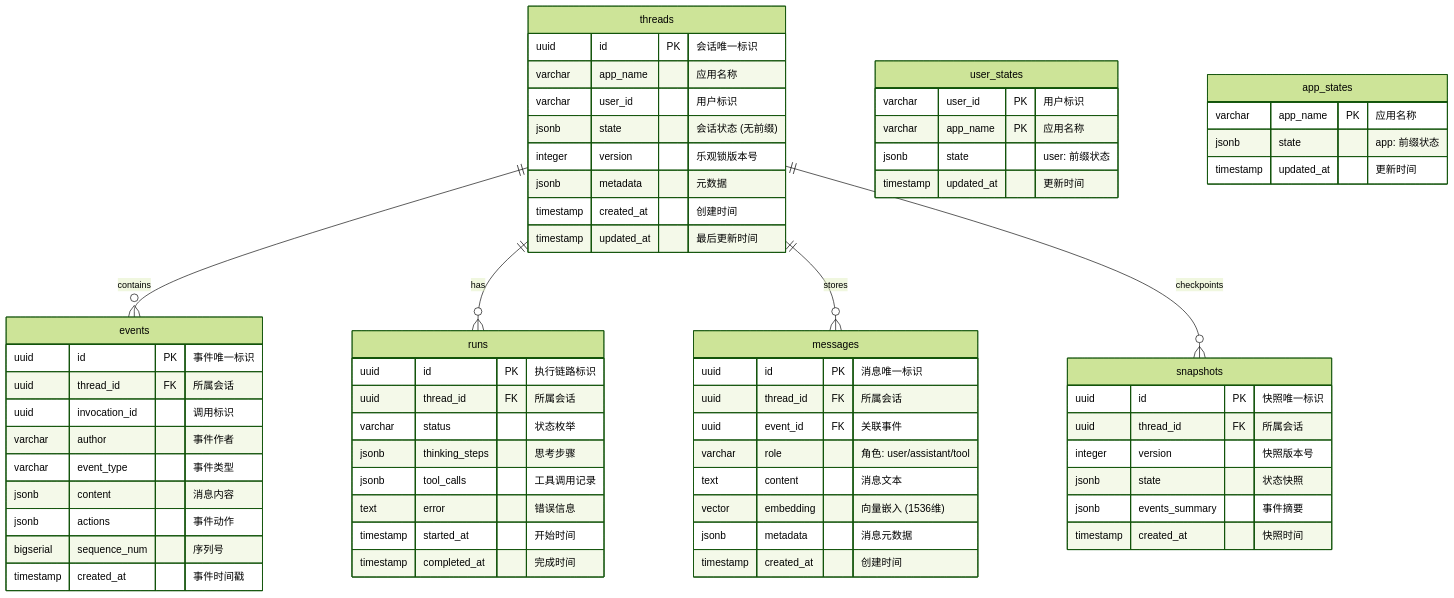
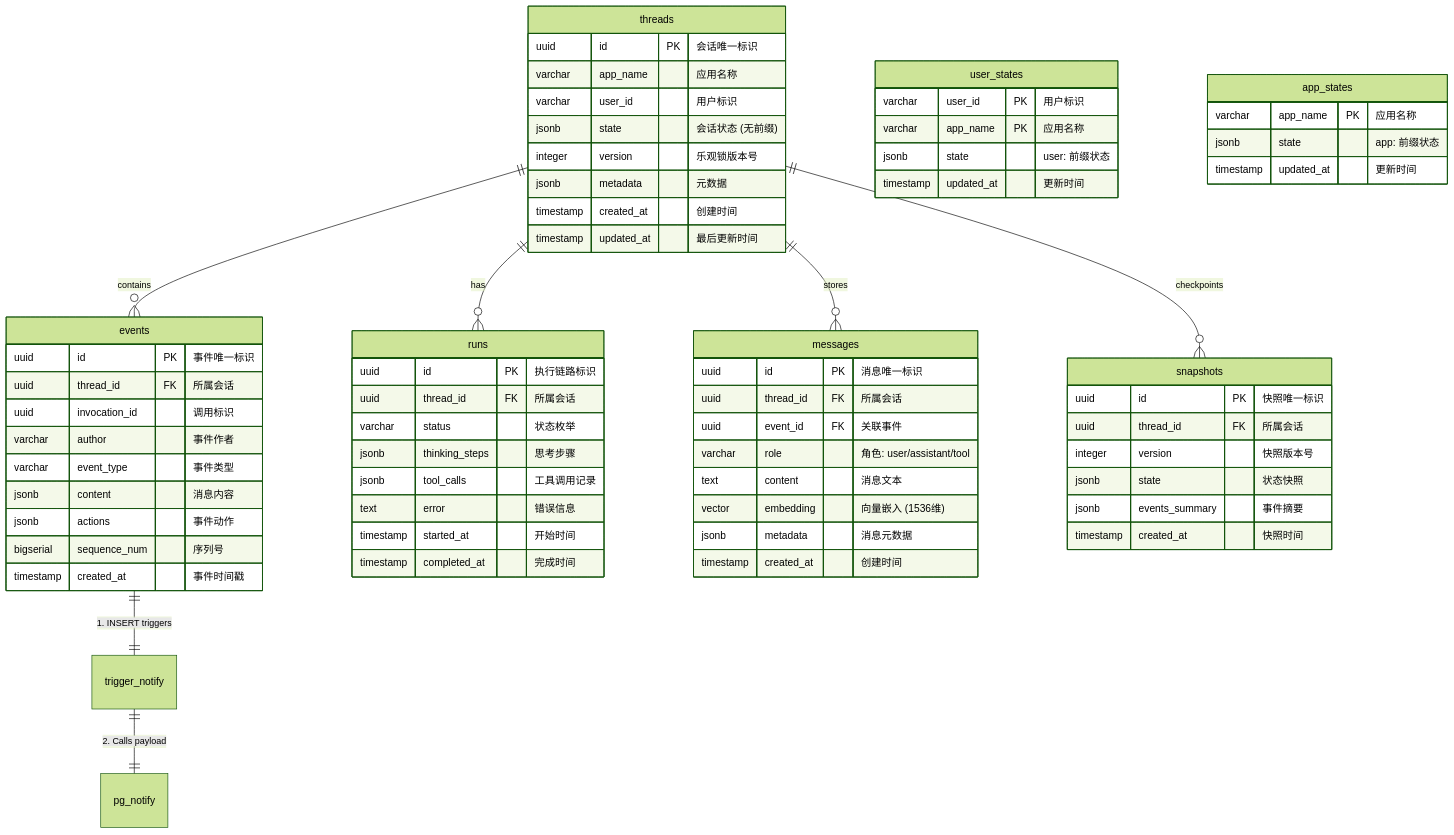
One commit to ThreeFish-AI/agentic-ai-cognizes changed the fifth of 7 diagrams in docs/engine/010-the-pulse.md. Above: the diagram before and after it, drawn with Mermaid (forest theme). The commit also changed other lines of this file, not shown here.

````diff
--- a/docs/engine/010-the-pulse.md
+++ b/docs/engine/010-the-pulse.md
@@ -401,74 +413,78 @@
 ```mermaid
 erDiagram
     threads ||--o{ events : contains
     threads ||--o{ runs : has
     threads ||--o{ messages : stores
     threads ||--o{ snapshots : checkpoints
+
+    %% Real-time Mechanism
+    events ||--|| trigger_notify : "1. INSERT triggers"
+    trigger_notify ||--|| pg_notify : "2. Calls payload"
 
     threads {
         uuid id PK "会话唯一标识"
         varchar app_name "应用名称"
         varchar user_id "用户标识"
         jsonb state "会话状态 (无前缀)"
         integer version "乐观锁版本号"
         jsonb metadata "元数据"
         timestamp created_at "创建时间"
         timestamp updated_at "最后更新时间"
     }
 
     events {
         uuid id PK "事件唯一标识"
         uuid thread_id FK "所属会话"
         uuid invocation_id "调用标识"
         varchar author "事件作者"
         varchar event_type "事件类型"
         jsonb content "消息内容"
         jsonb actions "事件动作"
         bigserial sequence_num "序列号"
         timestamp created_at "事件时间戳"
     }
 
     runs {
         uuid id PK "执行链路标识"
         uuid thread_id FK "所属会话"
         varchar status "状态枚举"
         jsonb thinking_steps "思考步骤"
         jsonb tool_calls "工具调用记录"
         text error "错误信息"
         timestamp started_at "开始时间"
         timestamp completed_at "完成时间"
     }
 
     messages {
         uuid id PK "消息唯一标识"
         uuid thread_id FK "所属会话"
         uuid event_id FK "关联事件"
         varchar role "角色: user/assistant/tool"
         text content "消息文本"
         vector embedding "向量嵌入 (1536维)"
         jsonb metadata "消息元数据"
         timestamp created_at "创建时间"
     }
 
     snapshots {
         uuid id PK "快照唯一标识"
         uuid thread_id FK "所属会话"
         integer version "快照版本号"
         jsonb state "状态快照"
         jsonb events_summary "事件摘要"
         timestamp created_at "快照时间"
     }
 
     user_states {
         varchar user_id PK "用户标识"
         varchar app_name PK "应用名称"
         jsonb state "user: 前缀状态"
         timestamp updated_at "更新时间"
     }
 
     app_states {
         varchar app_name PK "应用名称"
         jsonb state "app: 前缀状态"
         timestamp updated_at "更新时间"
     }
 ```
````
